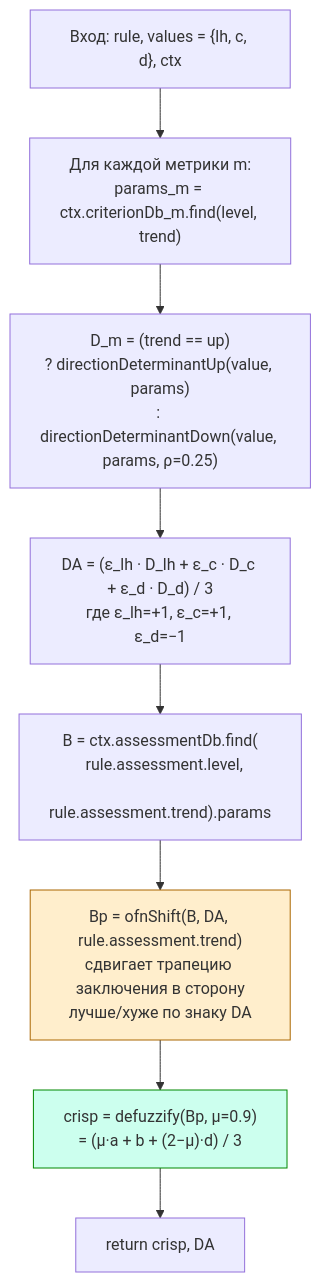
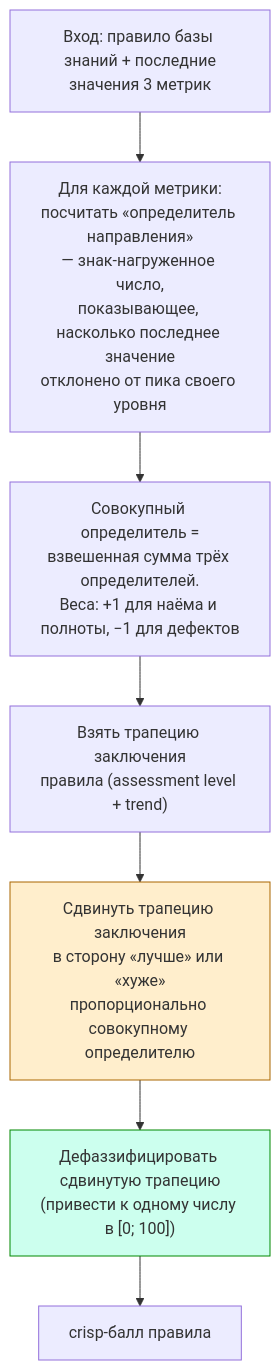
One commit to arishkaa05/Supplier-Evaluation-System changed the third of 4 diagrams in samples/test-cases/FLOWCHARTS.md. Above: the diagram before and after it, drawn with Mermaid. The commit also changed other lines of this file, not shown here.

First line of the commit message:
docs(FLOWCHARTS): rewrite blocks with plain-language descriptions

````diff
--- a/samples/test-cases/FLOWCHARTS.md
+++ b/samples/test-cases/FLOWCHARTS.md
@@ -113,13 +110,12 @@
 ```mermaid
 flowchart TD
-    A["Вход: rule, values = {lh, c, d}, ctx"] --> B["Для каждой метрики m:<br/>params_m = ctx.criterionDb_m.find(level, trend)"]
-    B --> C["D_m = (trend == up)<br/>? directionDeterminantUp(value, params)<br/>: directionDeterminantDown(value, params, ρ=0.25)"]
-    C --> D["DA = (ε_lh · D_lh + ε_c · D_c + ε_d · D_d) / 3<br/>где ε_lh=+1, ε_c=+1, ε_d=−1"]
-    D --> E["B = ctx.assessmentDb.find(<br/>  rule.assessment.level,<br/>  rule.assessment.trend).params"]
-    E --> F["Bp = ofnShift(B, DA, rule.assessment.trend)<br/>сдвигает трапецию заключения в сторону<br/>лучше/хуже по знаку DA"]
-    F --> G["crisp = defuzzify(Bp, μ=0.9)<br/>= (μ·a + b + (2−μ)·d) / 3"]
-    G --> H["return crisp, DA"]
+    A["Вход: правило базы знаний + последние<br/>значения 3 метрик"] --> B["Для каждой метрики:<br/>посчитать «определитель направления»<br/>— знак-нагруженное число,<br/>показывающее, насколько последнее значение<br/>отклонено от пика своего уровня"]
+    B --> D["Совокупный определитель =<br/>взвешенная сумма трёх определителей.<br/>Веса: +1 для наёма и полноты, −1 для дефектов"]
+    D --> E["Взять трапецию заключения<br/>правила (assessment level + trend)"]
+    E --> F["Сдвинуть трапецию заключения<br/>в сторону «лучше» или «хуже»<br/>пропорционально совокупному определителю"]
+    F --> G["Дефаззифицировать сдвинутую трапецию<br/>(привести к одному числу в [0; 100])"]
+    G --> H["crisp-балл правила"]
 
     style F fill:#fec,stroke:#a60
     style G fill:#cfe,stroke:#080
 ```
````
